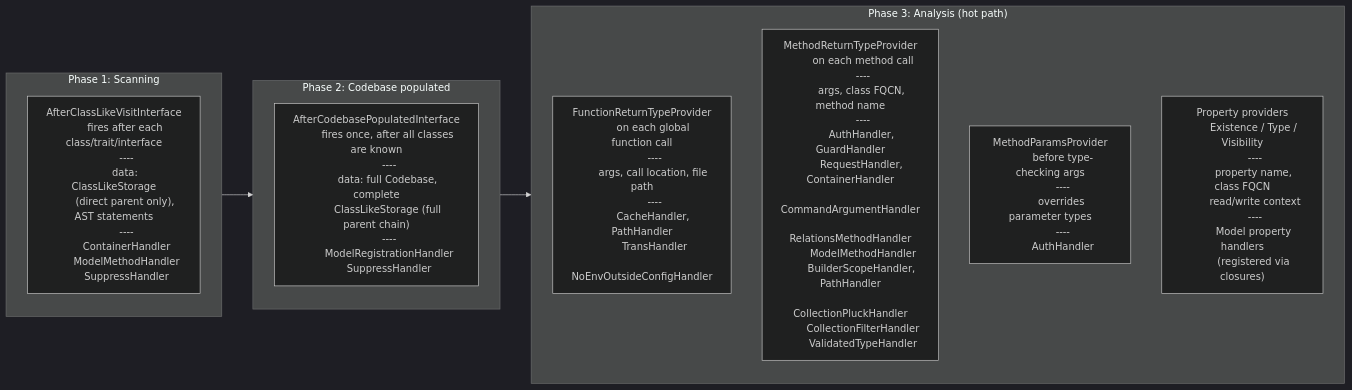
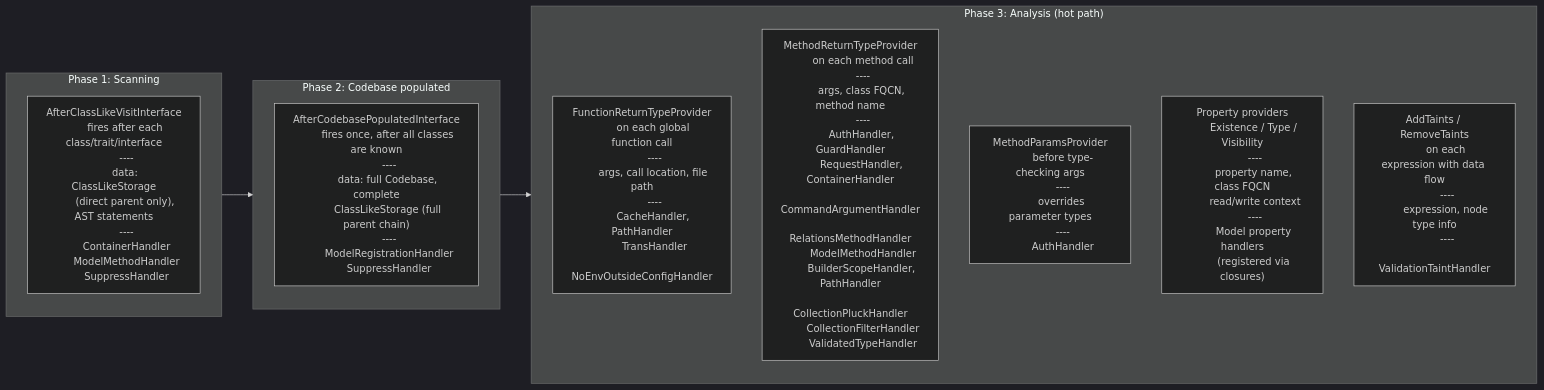
Before and after one commit to psalm/psalm-plugin-laravel: the second of 2 diagrams in docs/contribute/README.md, drawn with Mermaid (dark theme). The commit also changed 1 other file, not shown here.

Commit message:
docs: add taint handler to analysis diagram, fix draft PR claim #0

````diff
--- a/docs/contribute/README.md
+++ b/docs/contribute/README.md
@@ -124,72 +124,79 @@
 ```mermaid
 flowchart LR
     subgraph scanning ["Phase 1: Scanning"]
         direction TB
         S1["AfterClassLikeVisitInterface
         fires after each class/trait/interface
         ----
         data: ClassLikeStorage
         (direct parent only), AST statements
         ----
         ContainerHandler
         ModelMethodHandler
         SuppressHandler"]
     end
 
     subgraph populated ["Phase 2: Codebase populated"]
         direction TB
         P1["AfterCodebasePopulatedInterface
         fires once, after all classes are known
         ----
         data: full Codebase, complete
         ClassLikeStorage (full parent chain)
         ----
         ModelRegistrationHandler
         SuppressHandler"]
     end
 
     subgraph analysis ["Phase 3: Analysis (hot path)"]
         direction TB
         A1["FunctionReturnTypeProvider
         on each global function call
         ----
         args, call location, file path
         ----
         CacheHandler, PathHandler
         TransHandler
         NoEnvOutsideConfigHandler"]
 
         A2["MethodReturnTypeProvider
         on each method call
         ----
         args, class FQCN, method name
         ----
         AuthHandler, GuardHandler
         RequestHandler, ContainerHandler
         CommandArgumentHandler
         RelationsMethodHandler
         ModelMethodHandler
         BuilderScopeHandler, PathHandler
         CollectionPluckHandler
         CollectionFilterHandler
         ValidatedTypeHandler"]
 
         A3["MethodParamsProvider
         before type-checking args
         ----
         overrides parameter types
         ----
         AuthHandler"]
 
         A4["Property providers
         Existence / Type / Visibility
         ----
         property name, class FQCN
         read/write context
         ----
         Model property handlers
         (registered via closures)"]
+
+        A5["AddTaints / RemoveTaints
+        on each expression with data flow
+        ----
+        expression, node type info
+        ----
+        ValidationTaintHandler"]
     end
 
     scanning --> populated --> analysis
 ```
````
